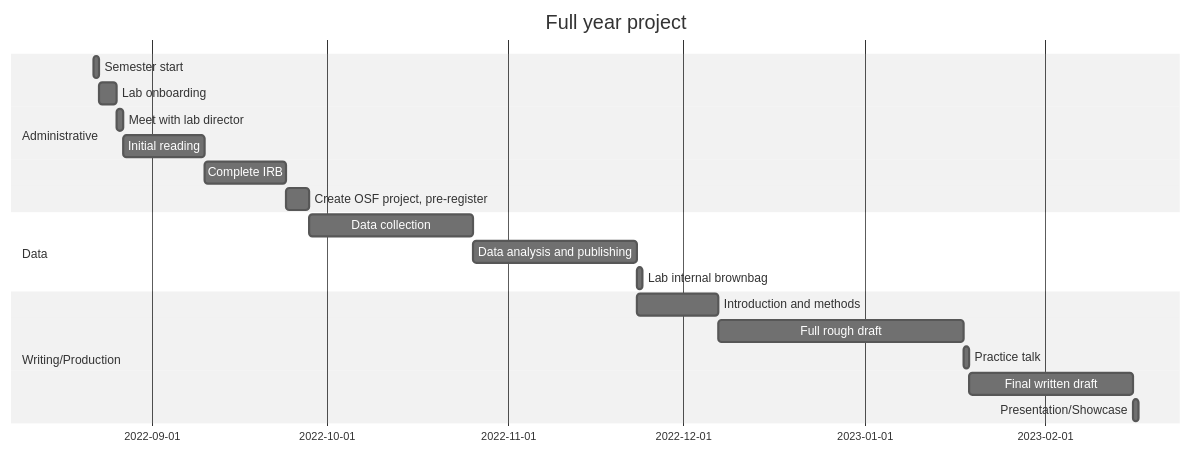
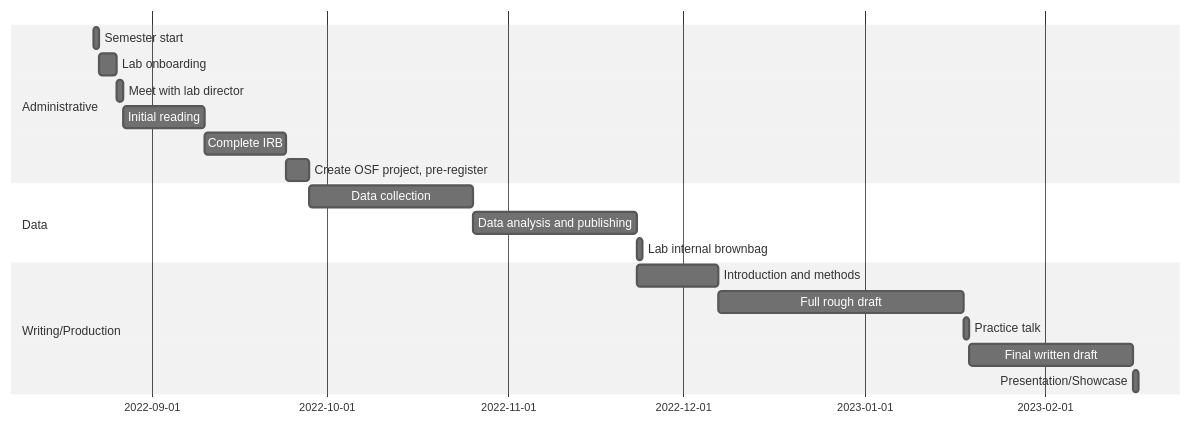
One commit to mavrxlab/manual changed the diagram in figures/gantt-year.mmd. Above: the diagram before and after it, drawn with Mermaid (neutral theme). The commit also changed 12 other files, not shown here.

Commit message:
Fixing mermaid captions

```diff
--- a/figures/gantt-year.mmd
+++ b/figures/gantt-year.mmd
@@ -1,20 +1,19 @@
 gantt
   dateFormat  YYYY-MM-DD
-  title       Full year project
   section Administrative
     Semester start                      :adm1, 2022-08-22, 1d
 	  Lab onboarding                      :onboarding, after adm1, 3d
     Meet with lab director              :labdir, after onboarding, 1d
 	  Initial reading                     :reading, after labdir, 2w
     Complete IRB                        :irb, after reading, 2w
     Create OSF project, pre-register    :osf, after irb, 4d
   section Data
     Data collection                     :data1, after osf, 4w
   	Data analysis and publishing        :data2, after data1, 4w
     Lab internal brownbag               :brownbag, after data2 , 1d
   section Writing/Production
     Introduction and methods            :methods, after data2, 2w
     Full rough draft                    :fullrough, after methods, 6w
     Practice talk                       :ptalk, after fullrough, 1d
 	  Final written draft                 :finaldraft, after ptalk, 4w
 	  Presentation/Showcase               :after finaldraft, 1d
```
